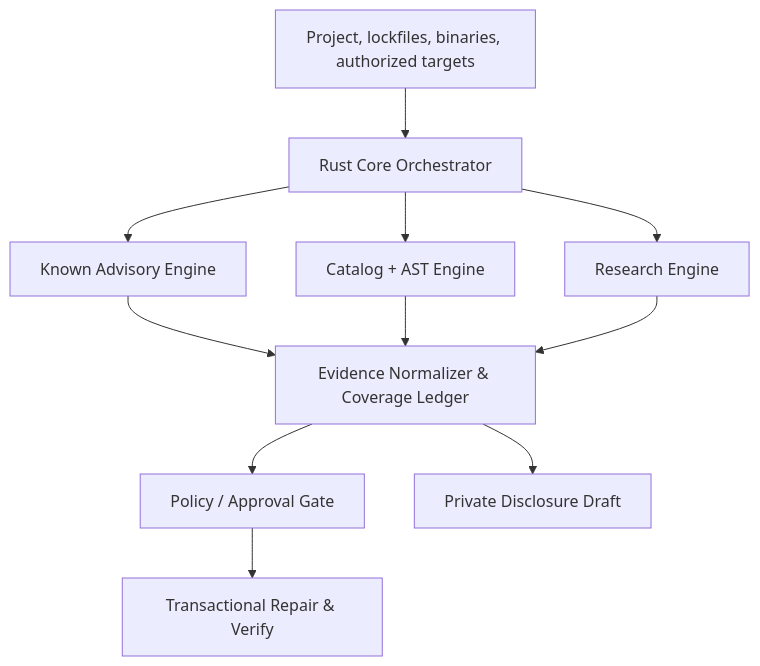
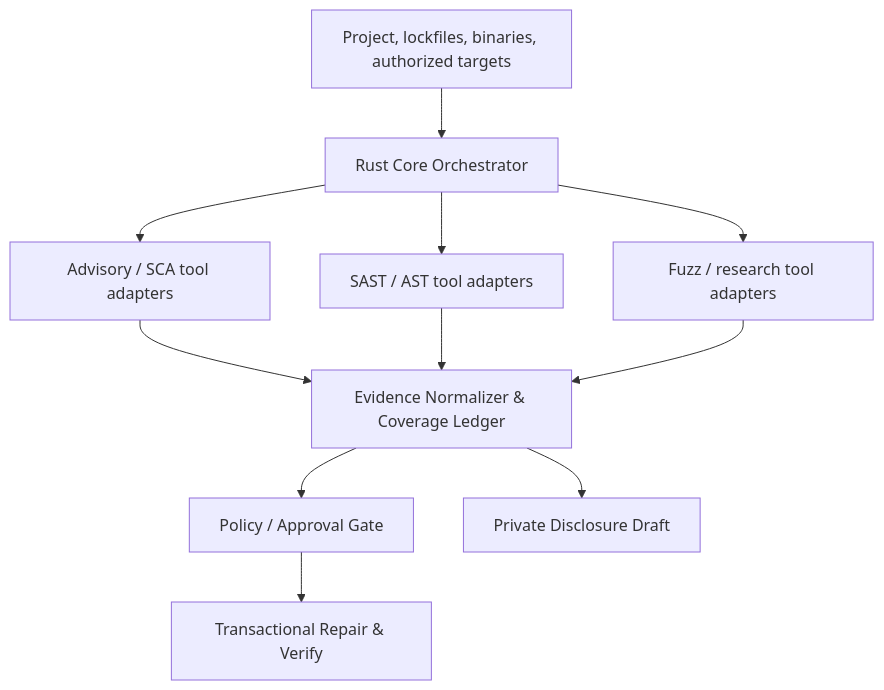
Before and after one commit to imMamdouhaboammar/bug-killer: the diagram in bug-killer-ultimate-spec-v1/02-ARCHITECTURE-AND-ADRS.md, drawn with Mermaid. The commit also changed other lines of this file and 21 other files, not shown here.

````diff
--- a/bug-killer-ultimate-spec-v1/02-ARCHITECTURE-AND-ADRS.md
+++ b/bug-killer-ultimate-spec-v1/02-ARCHITECTURE-AND-ADRS.md
@@ -5,13 +7,13 @@
 ```mermaid
 flowchart TD
     A["Project, lockfiles, binaries, authorized targets"] --> B["Rust Core Orchestrator"]
-    B --> C["Known Advisory Engine"]
-    B --> D["Catalog + AST Engine"]
-    B --> E["Research Engine"]
+    B --> C["Advisory / SCA tool adapters"]
+    B --> D["SAST / AST tool adapters"]
+    B --> E["Fuzz / research tool adapters"]
     C --> F["Evidence Normalizer & Coverage Ledger"]
     D --> F
     E --> F
     F --> G["Policy / Approval Gate"]
     G --> H["Transactional Repair & Verify"]
     F --> I["Private Disclosure Draft"]
 ```
````
